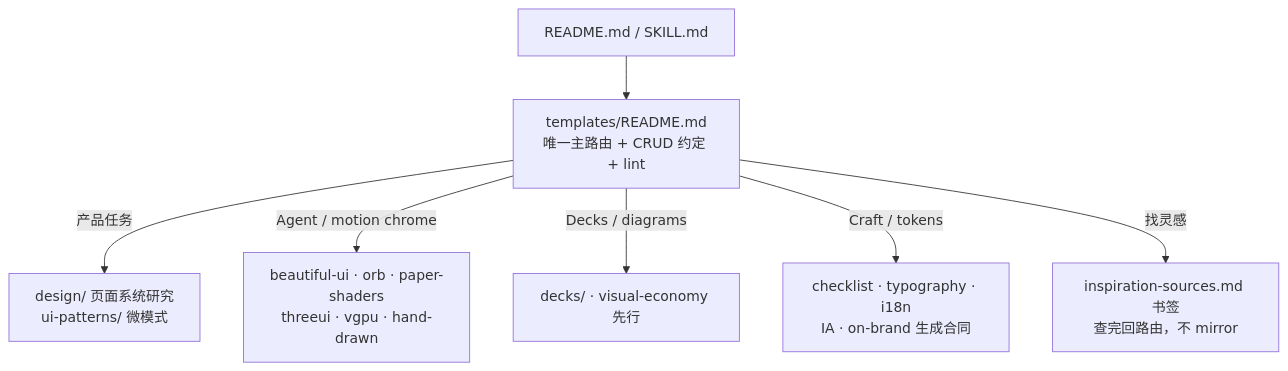
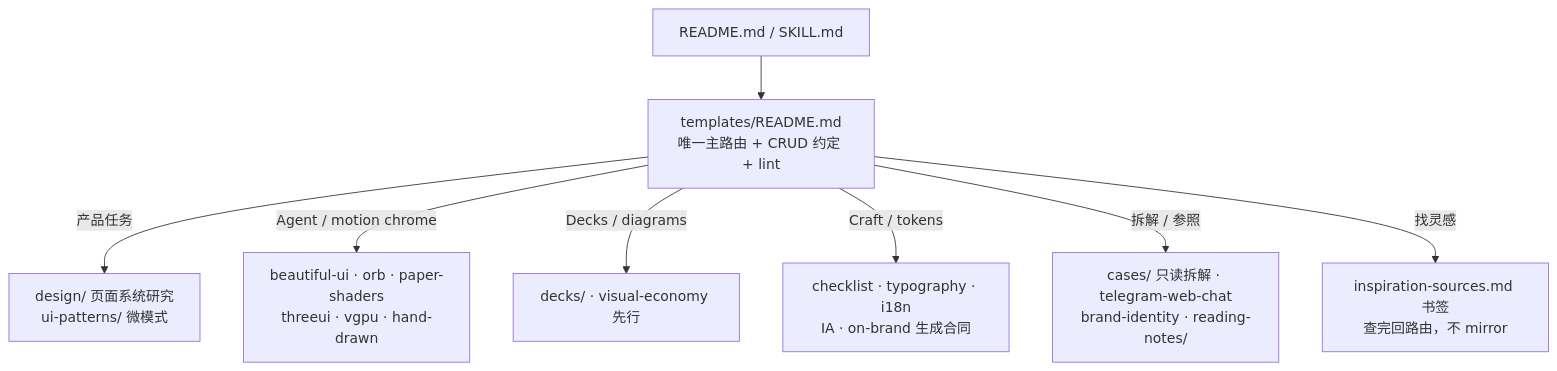
Before and after one commit to lizliz404/design-templates: the diagram in README.md, drawn with Mermaid. The commit also changed other lines of this file, not shown here.

First line of the commit message:
README: 结构树与路由图对齐 pack 现状

````diff
--- a/README.md
+++ b/README.md
@@ -7,9 +7,10 @@
 ```mermaid
 graph TD
     ENTRY["README.md / SKILL.md"] --> ROUTER["templates/README.md<br/>唯一主路由 + CRUD 约定 + lint"]
     ROUTER -->|"产品任务"| PRODUCT["design/ 页面系统研究<br/>ui-patterns/ 微模式"]
     ROUTER -->|"Agent / motion chrome"| CHROME["beautiful-ui · orb · paper-shaders<br/>threeui · vgpu · hand-drawn"]
     ROUTER -->|"Decks / diagrams"| DECKS["decks/ · visual-economy 先行"]
     ROUTER -->|"Craft / tokens"| CRAFT["checklist · typography · i18n<br/>IA · on-brand 生成合同"]
+    ROUTER -->|"拆解 / 参照"| TEAR["cases/ 只读拆解 · telegram-web-chat<br/>brand-identity · reading-notes/"]
     ROUTER -->|"找灵感"| INSPIRE["inspiration-sources.md 书签<br/>查完回路由，不 mirror"]
 ```
````
